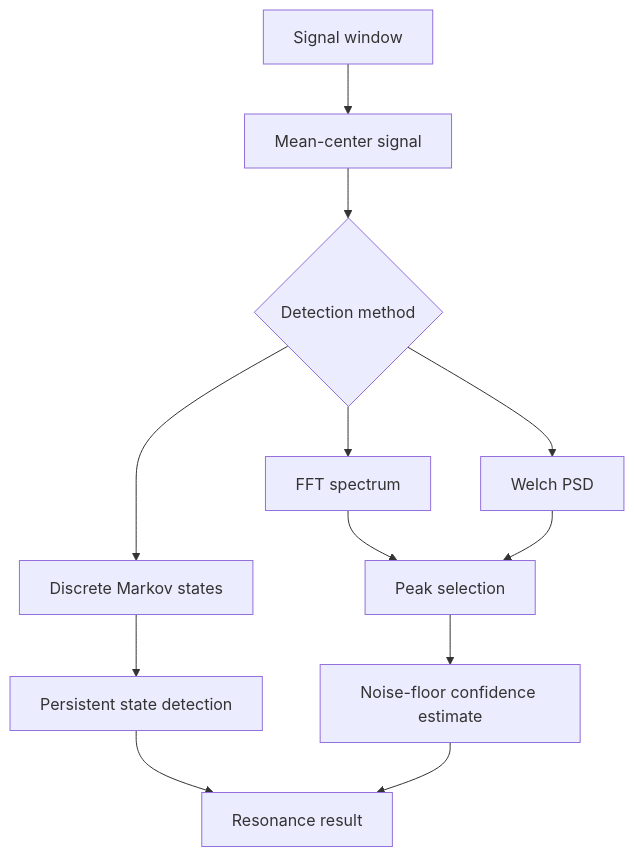
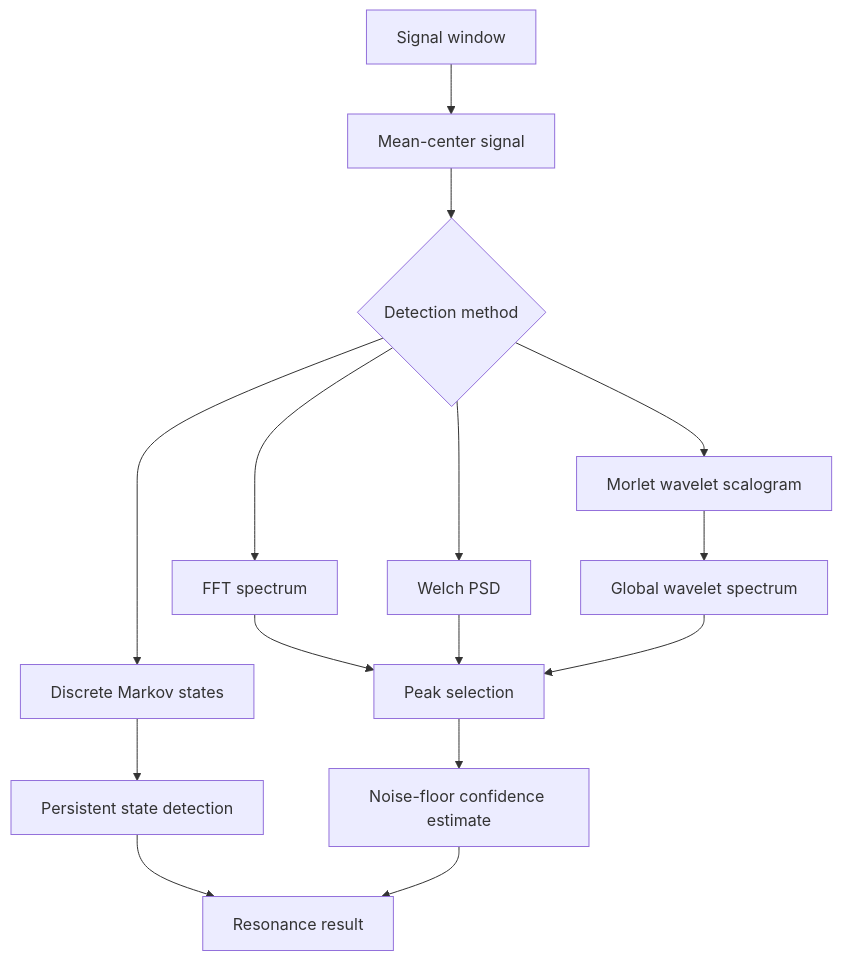
The third of 6 diagrams in docs/architecture.md (topherchris420/dynamic-resonance-rooting), drawn with Mermaid before and after one commit. The commit also changed 10 other files, not shown here.

First line of the commit message:
Add Morlet wavelet resonance detection and streaming/API improvements

````diff
--- a/docs/architecture.md
+++ b/docs/architecture.md
@@ -42,14 +42,17 @@
 ```mermaid
 flowchart TD
     Signal[Signal window] --> Center[Mean-center signal]
     Center --> Method{Detection method}
     Method --> FFT[FFT spectrum]
     Method --> Welch[Welch PSD]
+    Method --> Wavelet[Morlet wavelet scalogram]
     Method --> Markov[Discrete Markov states]
     FFT --> Peaks[Peak selection]
     Welch --> Peaks
+    Wavelet --> Global[Global wavelet spectrum]
+    Global --> Peaks
     Markov --> Persistent[Persistent state detection]
     Peaks --> Confidence[Noise-floor confidence estimate]
     Persistent --> Result[Resonance result]
     Confidence --> Result
 ```
````
